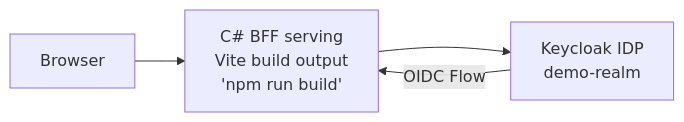
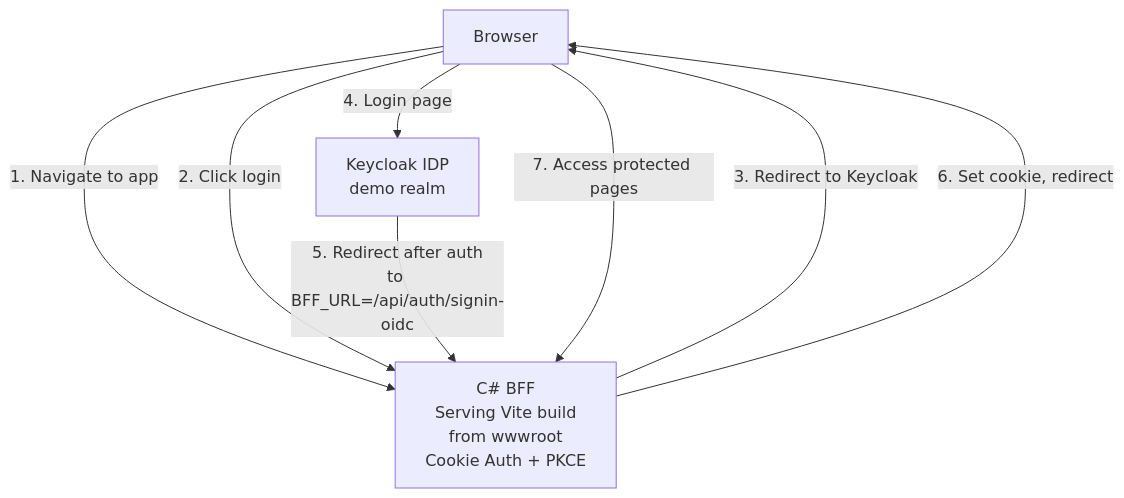
Before and after one commit to davidfowl/aspire-13-samples: the second of 2 diagrams in vite-csharp-keycloak/README.md, drawn with Mermaid. The commit also changed other lines of this file and 2 other files, not shown here.

Commit message:
feat: enhance Keycloak BFF documentation with auto-generated client secrets and dual-mode redirect URLs

````diff
--- a/vite-csharp-keycloak/README.md
+++ b/vite-csharp-keycloak/README.md
@@ -17,6 +30,14 @@
 ```mermaid
-flowchart LR
-    Browser --> BFF[C# BFF serving<br/>Vite build output<br/>'npm run build']
-    BFF --> Keycloak[Keycloak IDP<br/>demo-realm]
-    Keycloak -->|OIDC Flow| BFF
+flowchart TB
+    Browser[Browser]
+    BFF[C# BFF<br/>Serving Vite build<br/>from wwwroot<br/>Cookie Auth + PKCE]
+    Keycloak[Keycloak IDP<br/>demo realm]
+
+    Browser -->|1. Navigate to app| BFF
+    Browser -->|2. Click login| BFF
+    BFF -->|3. Redirect to Keycloak| Browser
+    Browser -->|4. Login page| Keycloak
+    Keycloak -->|5. Redirect after auth<br/>to BFF_URL=/api/auth/signin-oidc| BFF
+    BFF -->|6. Set cookie, redirect| Browser
+    Browser -->|7. Access protected pages| BFF
 ```
````
